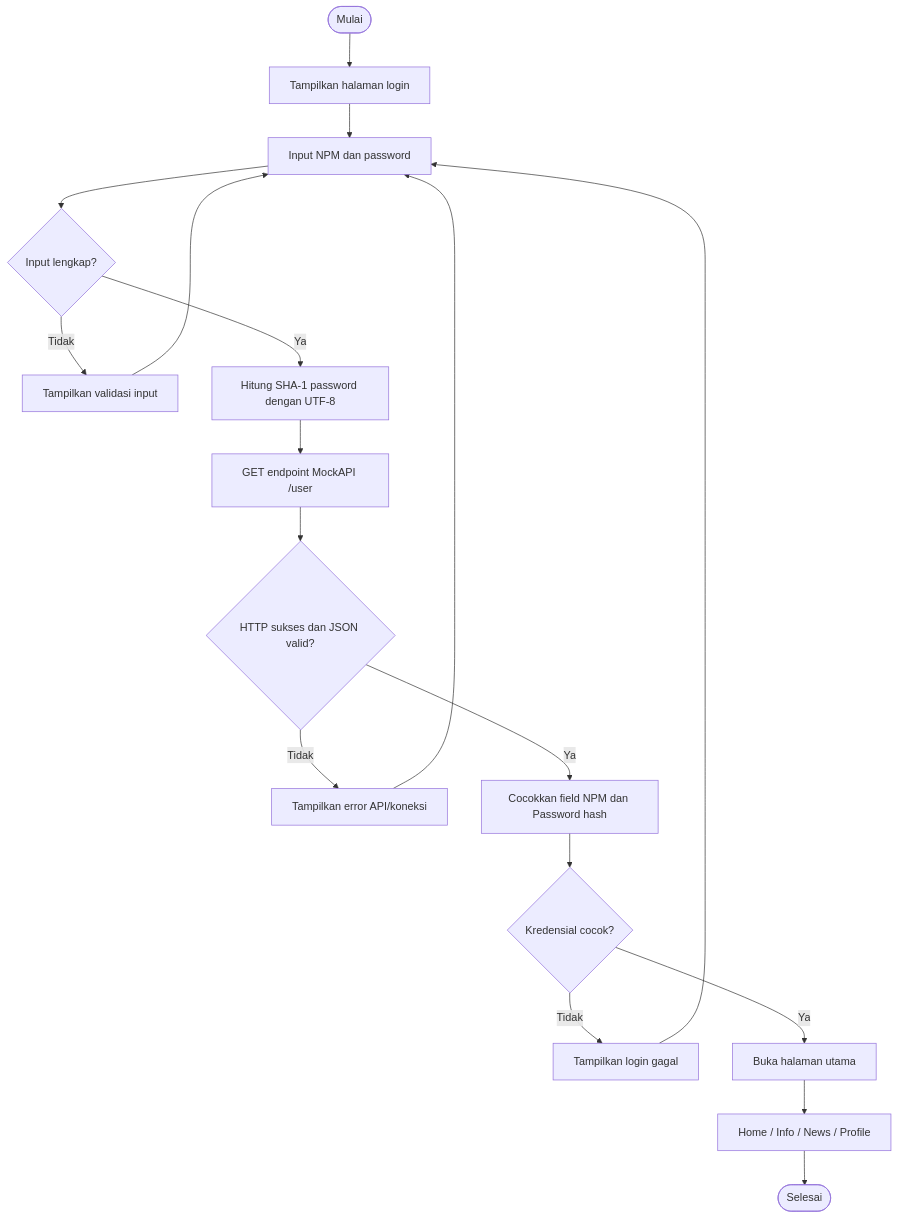
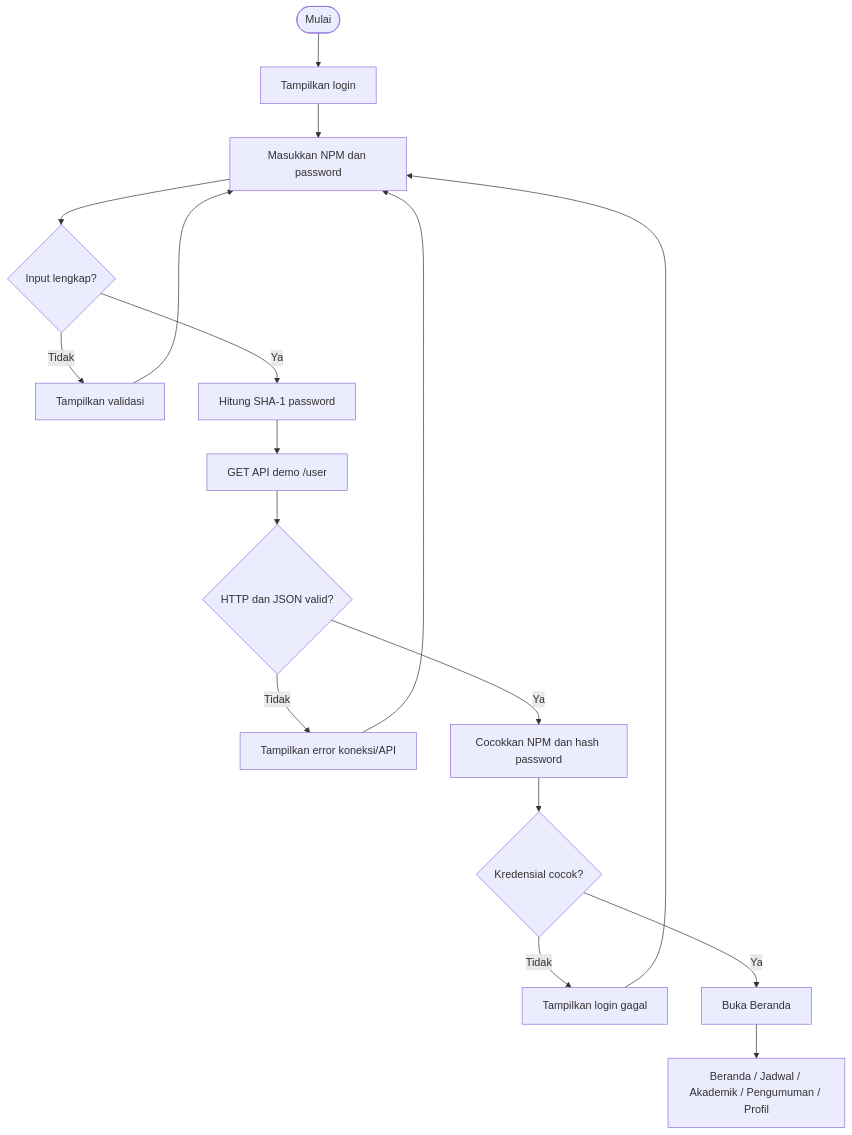
Before and after one commit to luluzahirah/bas-Lulu: the diagram in WORKFLOW.md, drawn with Mermaid. The commit also changed other lines of this file, not shown here.

Commit message:
docs: update student app user workflow and navigation

````diff
--- a/WORKFLOW.md
+++ b/WORKFLOW.md
@@ -23,20 +46,19 @@
 ```mermaid
 flowchart TD
-    A([Mulai]) --> B[Tampilkan halaman login]
-    B --> C[Input NPM dan password]
+    A([Mulai]) --> B[Tampilkan login]
+    B --> C[Masukkan NPM dan password]
     C --> D{Input lengkap?}
-    D -- Tidak --> E[Tampilkan validasi input]
+    D -- Tidak --> E[Tampilkan validasi]
     E --> C
-    D -- Ya --> F[Hitung SHA-1 password dengan UTF-8]
-    F --> G[GET endpoint MockAPI /user]
-    G --> H{HTTP sukses dan JSON valid?}
-    H -- Tidak --> I[Tampilkan error API/koneksi]
+    D -- Ya --> F[Hitung SHA-1 password]
+    F --> G[GET API demo /user]
+    G --> H{HTTP dan JSON valid?}
+    H -- Tidak --> I[Tampilkan error koneksi/API]
     I --> C
-    H -- Ya --> J[Cocokkan field NPM dan Password hash]
+    H -- Ya --> J[Cocokkan NPM dan hash password]
     J --> K{Kredensial cocok?}
     K -- Tidak --> L[Tampilkan login gagal]
     L --> C
-    K -- Ya --> M[Buka halaman utama]
-    M --> N[Home / Info / News / Profile]
-    N --> O([Selesai])
+    K -- Ya --> M[Buka Beranda]
+    M --> N[Beranda / Jadwal / Akademik / Pengumuman / Profil]
 ```
````
